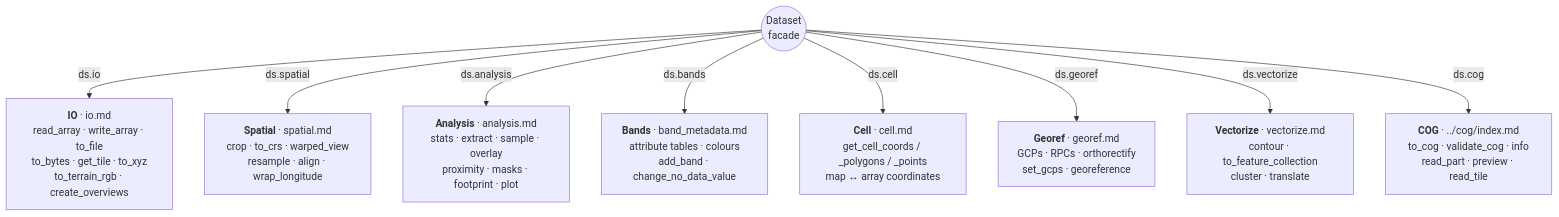
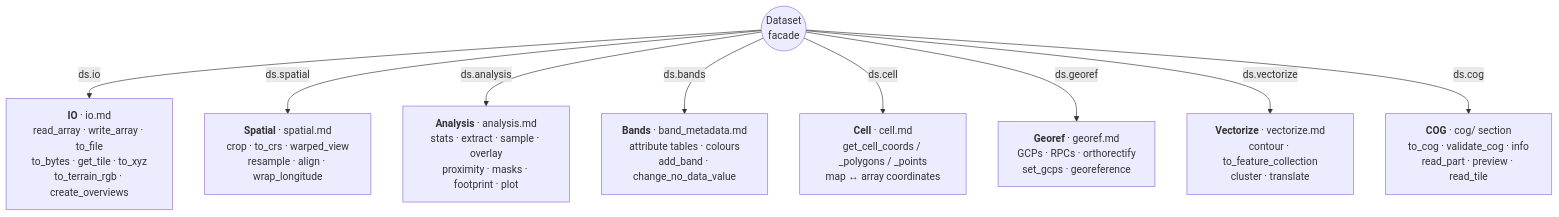
The second of 4 diagrams in docs/reference/dataset/index.md (serapeum-org/pyramids), drawn with Mermaid before and after one commit. The commit also changed other lines of this file and 2 other files, not shown here.

Commit message:
docs(dataset): tidy diagram wording and groupings from review round 2
- vectorize: drop phantom 'polygonization' from the subtitle (no such method)
- analysis: move footprint to the masks group (it yields the valid-data extent, not a sample)
- index: label the COG node with its 'cog/' section and note COG's page lives there

````diff
--- a/docs/reference/dataset/index.md
+++ b/docs/reference/dataset/index.md
@@ -25,12 +25,12 @@
 ```mermaid
 flowchart TB
     DS(("Dataset<br/>facade"))
     DS -->|ds.io| IO["<b>IO</b> · io.md<br/>read_array · write_array · to_file<br/>to_bytes · get_tile · to_xyz<br/>to_terrain_rgb · create_overviews"]
     DS -->|ds.spatial| SP["<b>Spatial</b> · spatial.md<br/>crop · to_crs · warped_view<br/>resample · align · wrap_longitude"]
     DS -->|ds.analysis| AN["<b>Analysis</b> · analysis.md<br/>stats · extract · sample · overlay<br/>proximity · masks · footprint · plot"]
     DS -->|ds.bands| BA["<b>Bands</b> · band_metadata.md<br/>attribute tables · colours<br/>add_band · change_no_data_value"]
     DS -->|ds.cell| CE["<b>Cell</b> · cell.md<br/>get_cell_coords / _polygons / _points<br/>map ↔ array coordinates"]
     DS -->|ds.georef| GE["<b>Georef</b> · georef.md<br/>GCPs · RPCs · orthorectify<br/>set_gcps · georeference"]
     DS -->|ds.vectorize| VE["<b>Vectorize</b> · vectorize.md<br/>contour · to_feature_collection<br/>cluster · translate"]
-    DS -->|ds.cog| CG["<b>COG</b> · ../cog/index.md<br/>to_cog · validate_cog · info<br/>read_part · preview · read_tile"]
+    DS -->|ds.cog| CG["<b>COG</b> · cog/ section<br/>to_cog · validate_cog · info<br/>read_part · preview · read_tile"]
 ```
````
